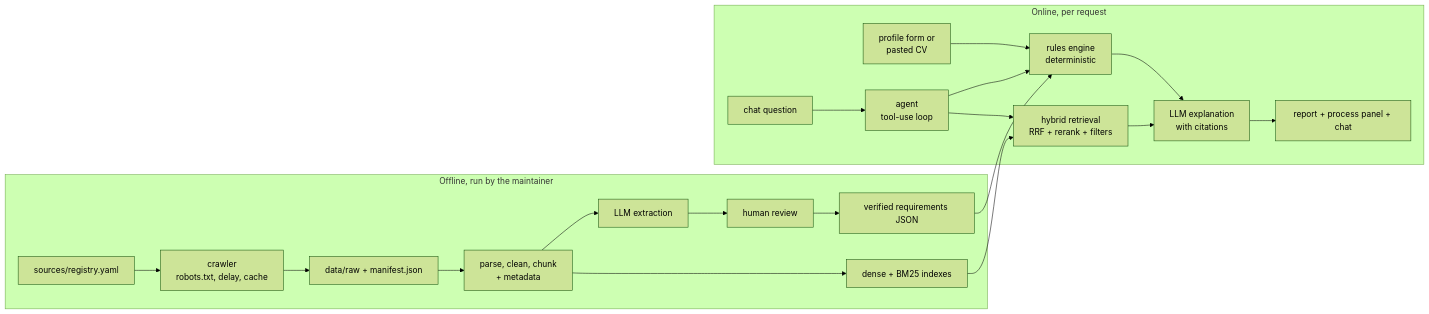
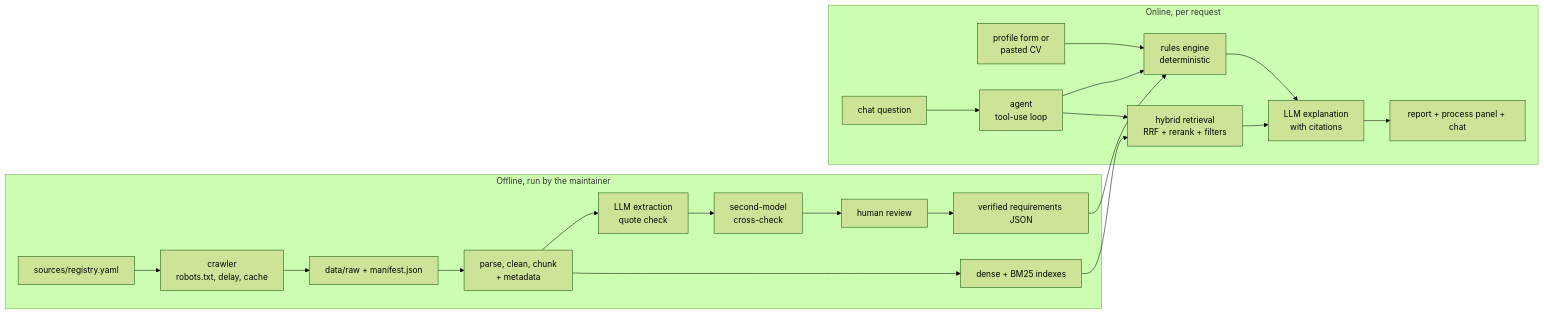
Before and after one commit to PranavMaheshwari06/Project_Rag: the diagram in docs/PROJECT_PLAN.md, drawn with Mermaid (forest theme). The commit also changed other lines of this file and 2 other files, not shown here.

````diff
--- a/docs/PROJECT_PLAN.md
+++ b/docs/PROJECT_PLAN.md
@@ -19,23 +23,24 @@
 ```mermaid
 flowchart LR
     subgraph Offline["Offline, run by the maintainer"]
         REG[sources/registry.yaml] --> CR[crawler<br/>robots.txt, delay, cache]
         CR --> RAW[data/raw + manifest.json]
         RAW --> ING[parse, clean, chunk<br/>+ metadata]
         ING --> IDX[dense + BM25 indexes]
-        ING --> EXT[LLM extraction]
-        EXT --> REV[human review]
+        ING --> EXT[LLM extraction<br/>quote check]
+        EXT --> CHK[second-model<br/>cross-check]
+        CHK --> REV[human review]
         REV --> REQ[verified requirements JSON]
     end
     subgraph Online["Online, per request"]
         P[profile form or<br/>pasted CV] --> RE[rules engine<br/>deterministic]
         REQ --> RE
         Q[chat question] --> AG[agent<br/>tool-use loop]
         AG --> RET[hybrid retrieval<br/>RRF + rerank + filters]
         IDX --> RET
         AG --> RE
         RE --> EXP[LLM explanation<br/>with citations]
         RET --> EXP
         EXP --> UI[report + process panel + chat]
     end
 ```
````
